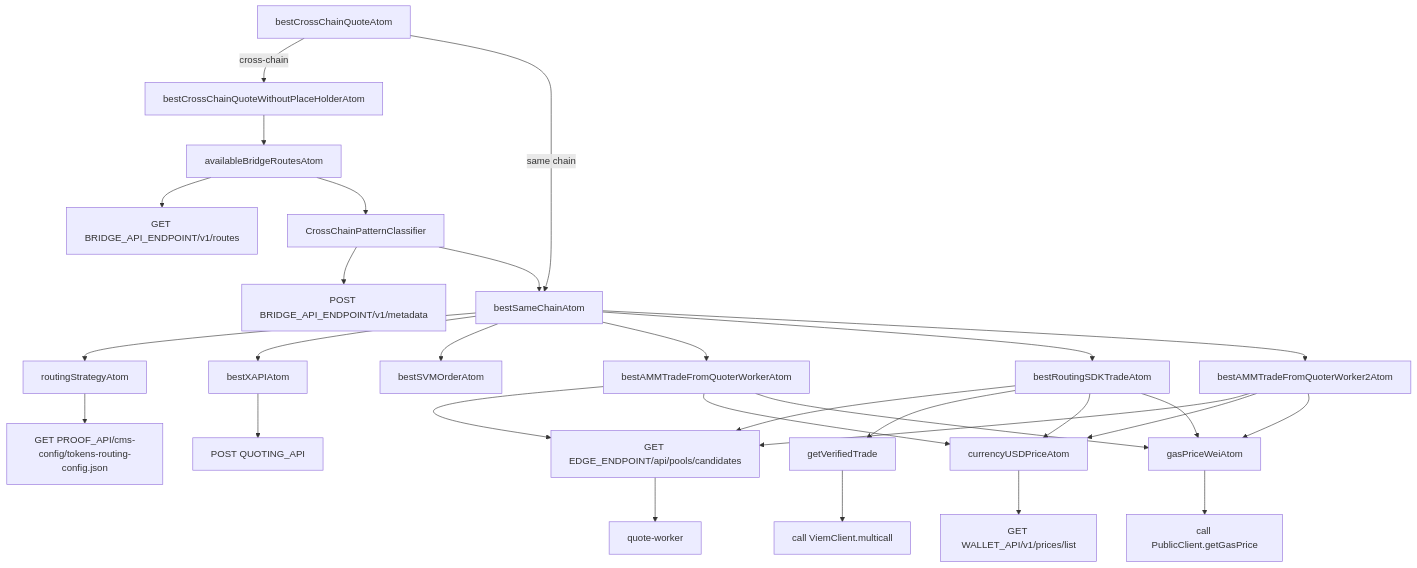
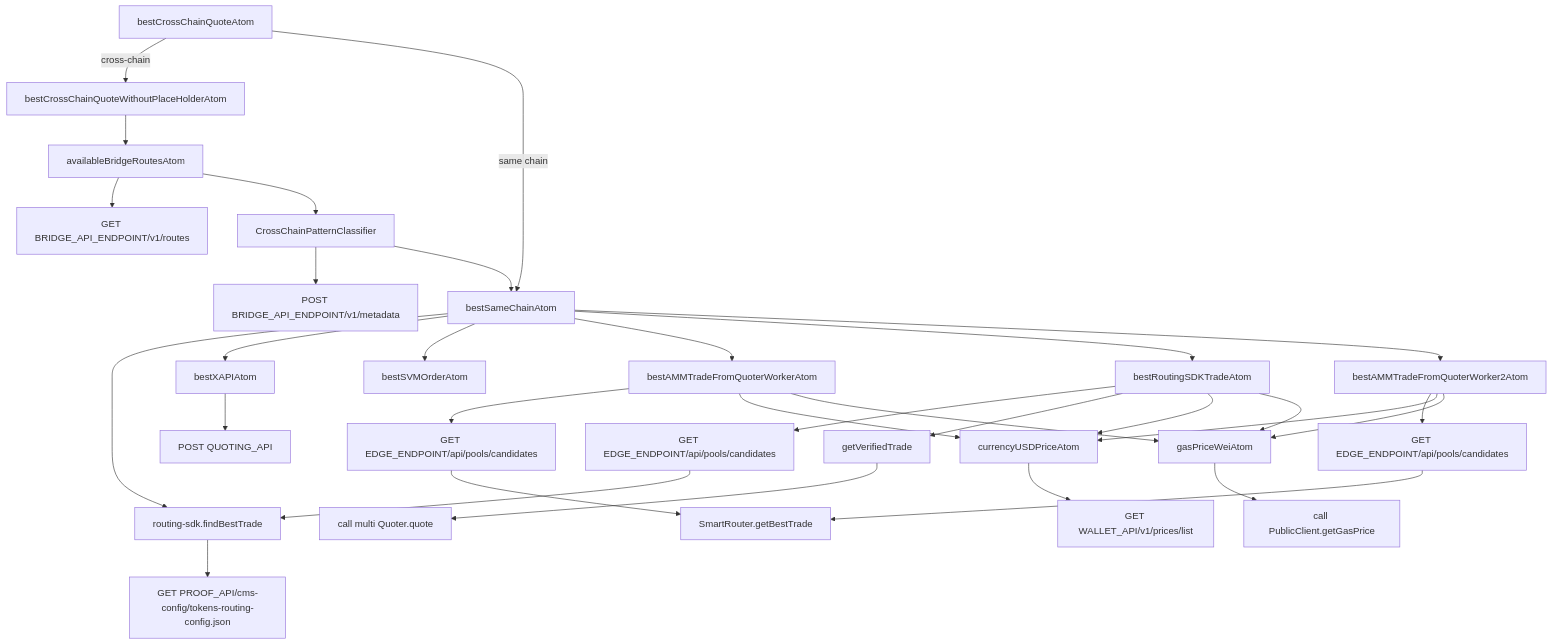
One commit to chef-ryan/pancake-frontend changed the first of 5 diagrams in apps/web/src/quoter/viz.md. Above: the diagram before and after it, drawn with Mermaid. The commit also changed other lines of this file, not shown here.

Commit message:
quoter viz

````diff
--- a/apps/web/src/quoter/viz.md
+++ b/apps/web/src/quoter/viz.md
@@ -45,42 +45,44 @@
 ```mermaid
 flowchart TD
     A[bestCrossChainQuoteAtom]
     A -->|cross-chain| B[bestCrossChainQuoteWithoutPlaceHolderAtom]
     A -->|same chain| S[bestSameChainAtom]
 
     B --> R[availableBridgeRoutesAtom]
     R --> R1["GET BRIDGE_API_ENDPOINT/v1/routes"]
     R --> P[CrossChainPatternClassifier]
     P --> METADATA["POST BRIDGE_API_ENDPOINT/v1/metadata"]
     P --> S
 
     S --> RS[routingStrategyAtom]
     RS --> RS1["GET PROOF_API/cms-config/tokens-routing-config.json"]
 
     S --> QA[bestXAPIAtom]
     QA --> QA1["POST QUOTING_API"]
 
     S --> SVM[bestSVMOrderAtom]
 
     S --> BW1[bestAMMTradeFromQuoterWorkerAtom]
     S --> BW2[bestRoutingSDKTradeAtom]
     S --> BW3[bestAMMTradeFromQuoterWorker2Atom]
 
-    BW1 --> EP1["GET EDGE_ENDPOINT/api/pools/candidates"]
-    BW2 --> EP1
-    BW3 --> EP1
-    EP1 --> W[quote-worker]
+    BW1 --> EP1a["GET EDGE_ENDPOINT/api/pools/candidates"]
+    EP1a --> SR[SmartRouter.getBestTrade]
+    BW2 --> EP1b["GET EDGE_ENDPOINT/api/pools/candidates"]
+    EP1b --> RS[routing-sdk.findBestTrade]
+    BW3 --> EP1c["GET EDGE_ENDPOINT/api/pools/candidates"]
+    EP1c --> SR
 
     BW2 --> V[getVerifiedTrade]
-    V --> V1["call ViemClient.multicall"]
+    V --> V1["call multi Quoter.quote"]
 
     BW1 --> USD[currencyUSDPriceAtom]
     BW2 --> USD
     BW3 --> USD
     USD --> WALLET["GET WALLET_API/v1/prices/list"]
 
     BW1 --> GP[gasPriceWeiAtom]
     BW2 --> GP
     BW3 --> GP
     GP --> GAS["call PublicClient.getGasPrice"]
 ```
````
